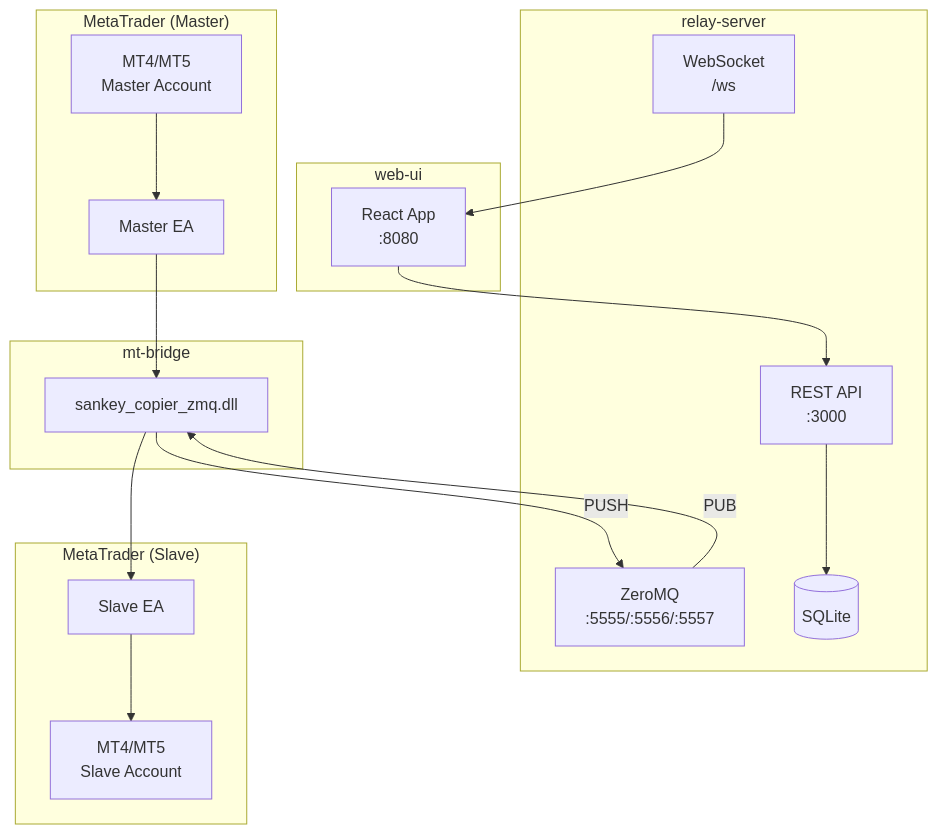
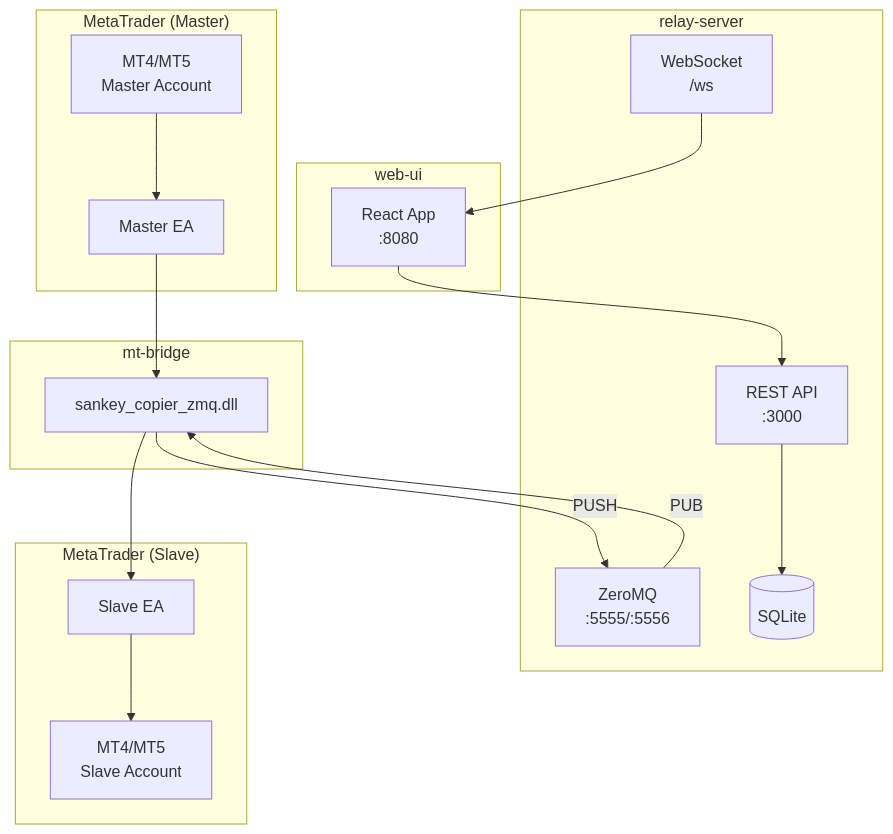
One commit to poruru210/sankey-copier changed the first of 13 diagrams in docs/README.md. Above: the diagram before and after it, drawn with Mermaid. The commit also changed other lines of this file and 35 other files, not shown here.

````diff
--- a/docs/README.md
+++ b/docs/README.md
@@ -9,38 +9,38 @@
 ```mermaid
 graph TB
     subgraph "MetaTrader (Master)"
         MT_M[MT4/MT5<br/>Master Account]
         MEA[Master EA]
     end
 
     subgraph "mt-bridge"
         DLL[sankey_copier_zmq.dll]
     end
 
     subgraph "relay-server"
-        ZMQ[ZeroMQ<br/>:5555/:5556/:5557]
+        ZMQ[ZeroMQ<br/>:5555/:5556]
         API[REST API<br/>:3000]
         WS[WebSocket<br/>/ws]
         DB[(SQLite)]
     end
 
     subgraph "web-ui"
         UI[React App<br/>:8080]
     end
 
     subgraph "MetaTrader (Slave)"
         SEA[Slave EA]
         MT_S[MT4/MT5<br/>Slave Account]
     end
 
     MT_M --> MEA
     MEA --> DLL
     DLL -->|PUSH| ZMQ
     ZMQ -->|PUB| DLL
     DLL --> SEA
     SEA --> MT_S
 
     API --> DB
     WS --> UI
     UI --> API
 ```
````
